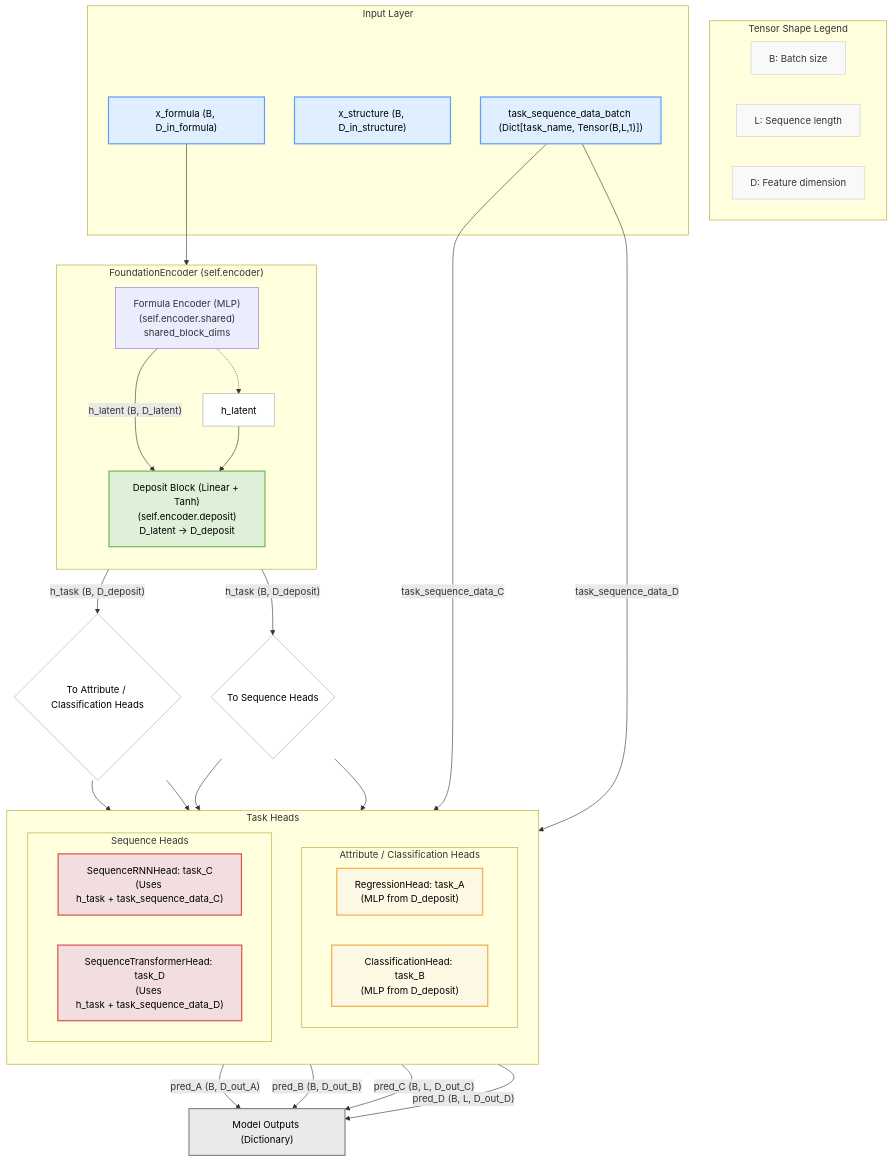
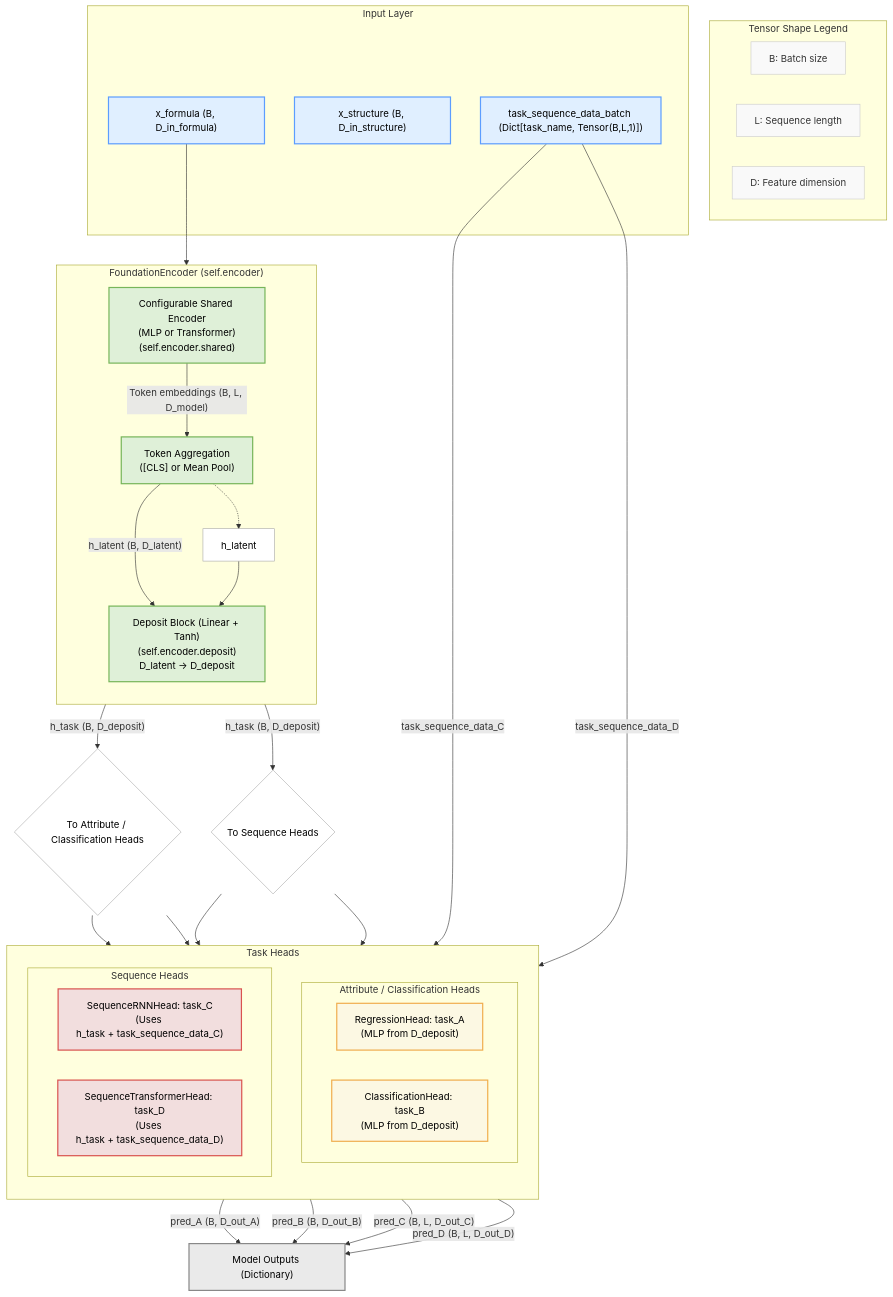
The first of 2 diagrams in ARCHITECTURE.md (TsumiNa/foundation_model), drawn with Mermaid before and after one commit. The commit also changed other lines of this file and 10 other files, not shown here.

```diff
--- a/ARCHITECTURE.md
+++ b/ARCHITECTURE.md
@@ -63,12 +63,14 @@
     subgraph FoundationEncoderModule["FoundationEncoder (self.encoder)"]
         direction TB
 
-        FormulaEncoder["Formula Encoder (MLP)<br/>(self.encoder.shared)<br/>shared_block_dims"]
+        FormulaEncoder["Configurable Shared Encoder<br/>(MLP or Transformer)<br/>(self.encoder.shared)"]
+        Aggregation["Token Aggregation<br/>([CLS] or Mean Pool)"]
         DepositBlock["Deposit Block (Linear + Tanh)<br/>(self.encoder.deposit)<br/>D_latent → D_deposit"]
 
         X_formula --> FormulaEncoder
-        FormulaEncoder -- "h_latent (B, D_latent)" --> DepositBlock
-        FormulaEncoder -.-> H_Latent_Output_Point["h_latent"]
+        FormulaEncoder -- "Token embeddings (B, L, D_model)" --> Aggregation
+        Aggregation -- "h_latent (B, D_latent)" --> DepositBlock
+        Aggregation -.-> H_Latent_Output_Point["h_latent"]
         H_Latent_Output_Point --> DepositBlock
     end
 
@@ -123,7 +125,7 @@
     %% ---------- Class assignments ----------
     class Legend_B,Legend_L,Legend_D legend_style
     class X_formula,X_structure,Task_Sequence_Data_Batch input
-    class F_Encoder,S_Encoder,DepositBlock foundation
+    class FormulaEncoder,Aggregation,DepositBlock foundation
     class Fusion fusion
     class H_Latent_Output_Point point
     class AttrTaskHeadsJunction,SeqTaskHeadsJunction junction
```
